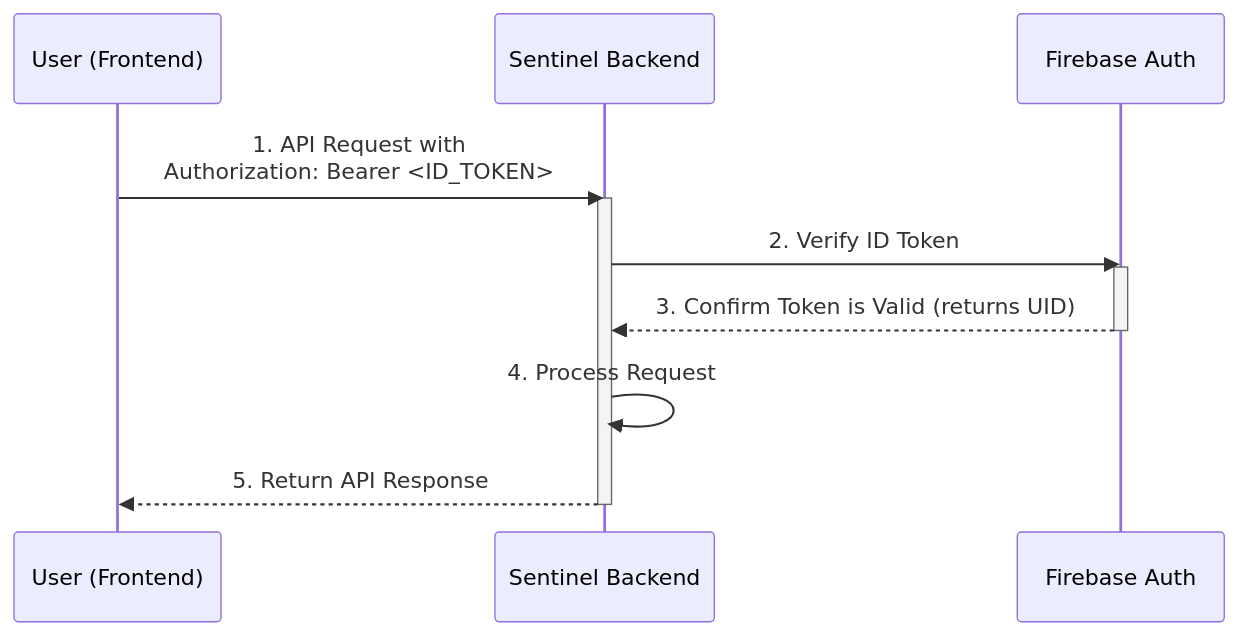
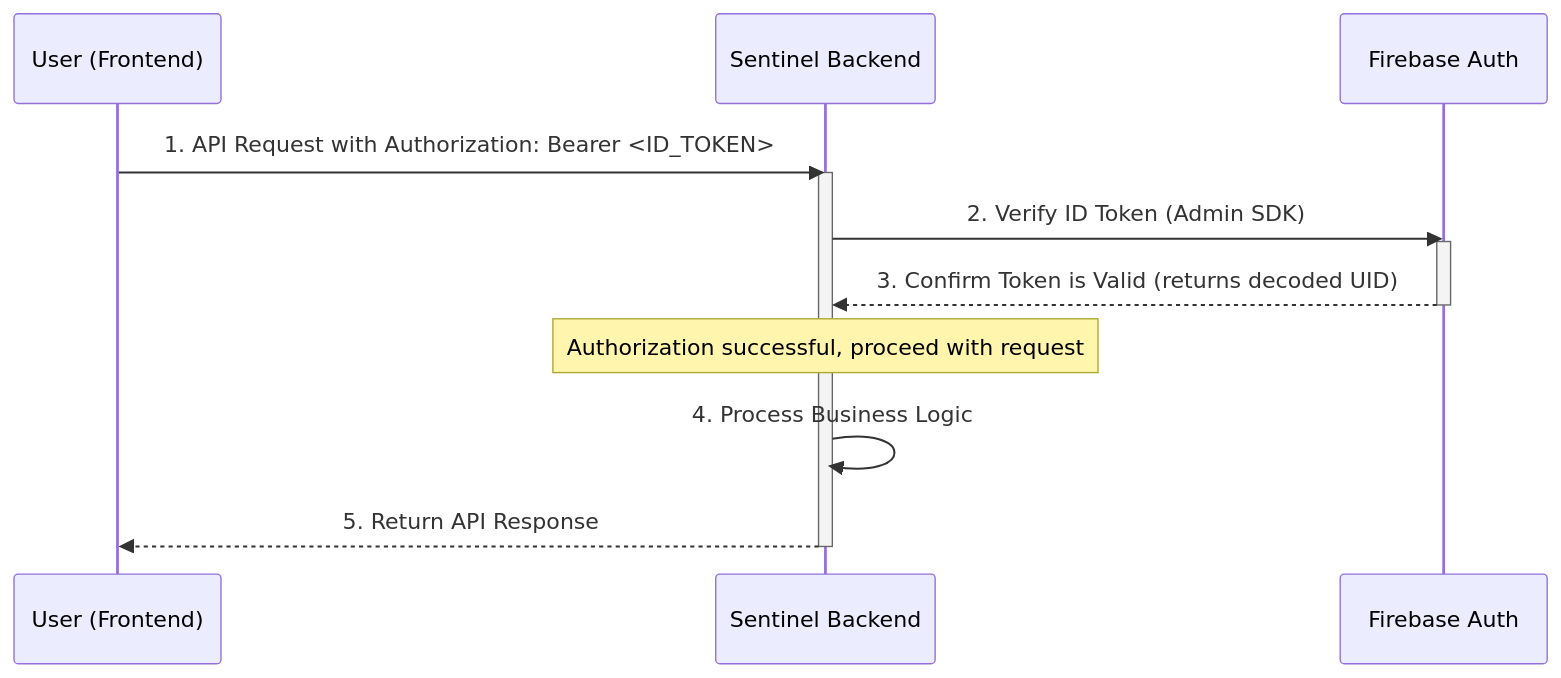
One commit to enzhao/Sentinel changed diagram 53 of 54 in product_spec.md. Above: the diagram before and after it, drawn with Mermaid. The commit also changed other lines of this file and 6 other files, not shown here.

````diff
--- a/product_spec.md
+++ b/product_spec.md
@@ -2720,16 +2727,20 @@
 ```mermaid
 sequenceDiagram
     participant User as User (Frontend)
     participant Sentinel as Sentinel Backend
-    participant Firebase as Firebase Auth
+    participant FirebaseAuth as Firebase Auth
 
-    User->>Sentinel: 1. API Request with<br>Authorization: Bearer <ID_TOKEN>
+    User->>Sentinel: 1. API Request with Authorization: Bearer <ID_TOKEN>
     activate Sentinel
-    Sentinel->>Firebase: 2. Verify ID Token
-    activate Firebase
-    Firebase-->>Sentinel: 3. Confirm Token is Valid (returns UID)
-    deactivate Firebase
-    Sentinel->>Sentinel: 4. Process Request
+    
+    Sentinel->>FirebaseAuth: 2. Verify ID Token (Admin SDK)
+    activate FirebaseAuth
+    FirebaseAuth-->>Sentinel: 3. Confirm Token is Valid (returns decoded UID)
+    deactivate FirebaseAuth
+    
+    Note over Sentinel: Authorization successful, proceed with request
+    Sentinel->>Sentinel: 4. Process Business Logic
+    
     Sentinel-->>User: 5. Return API Response
     deactivate Sentinel
 ```
````
